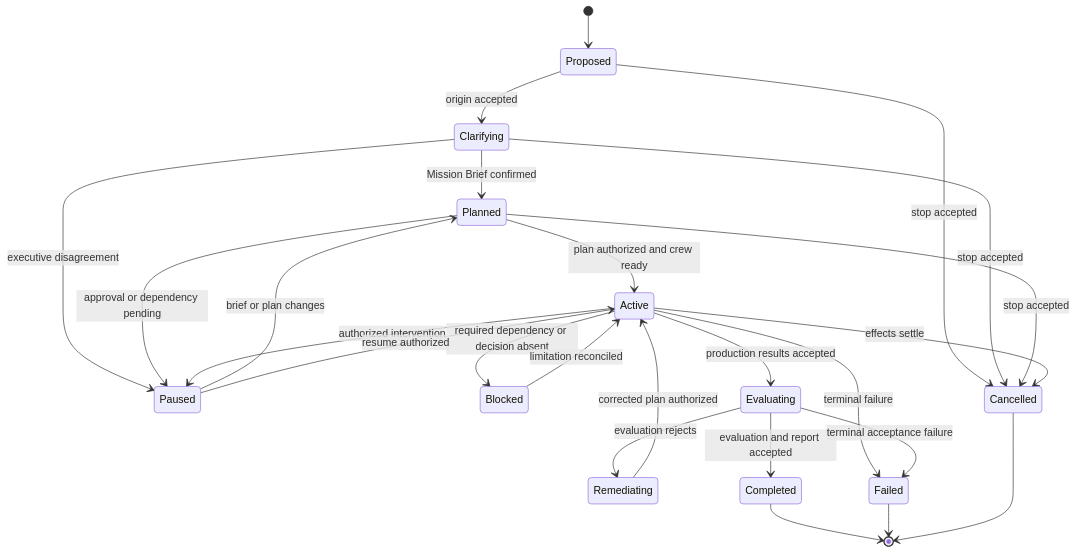
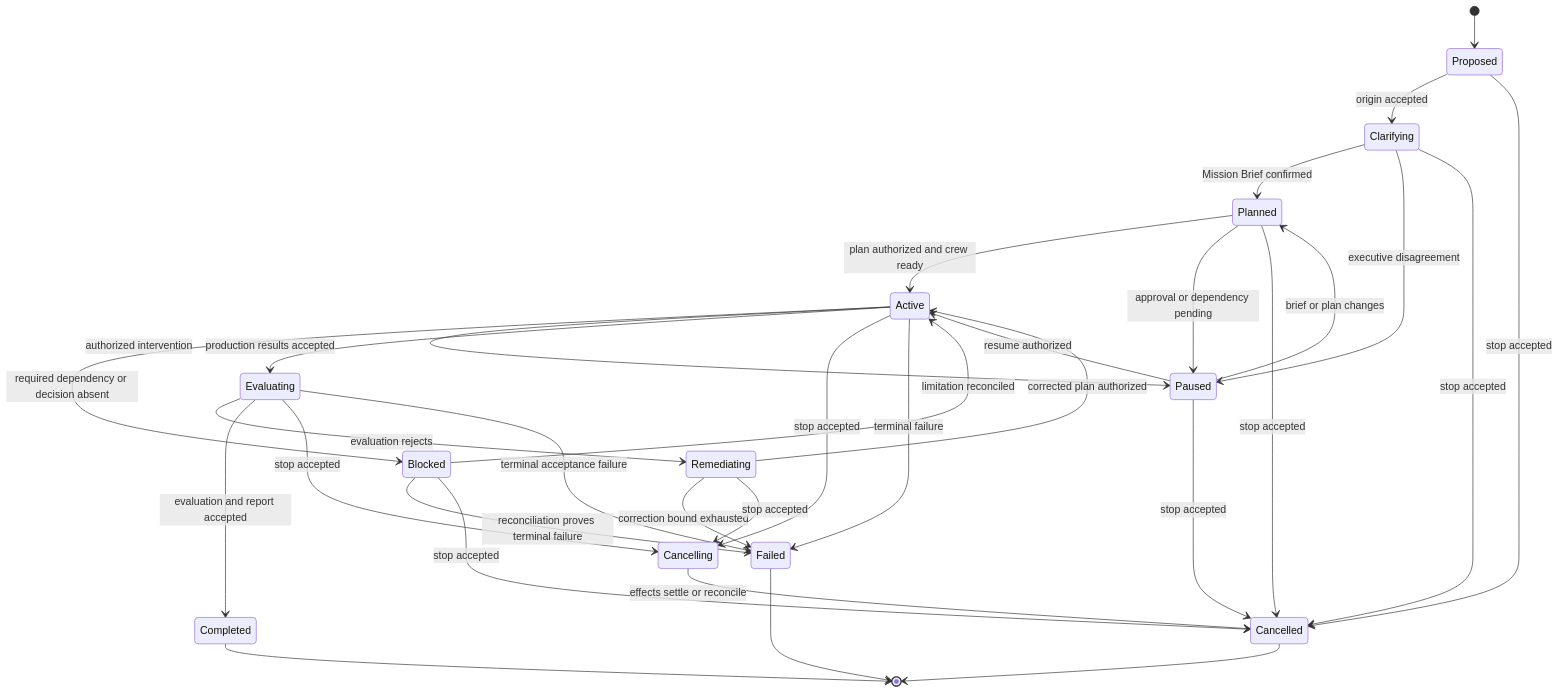
One commit to Y4NN777/mishkan changed the second of 12 diagrams in docs/SYSTEM/MODEL.md. Above: the diagram before and after it, drawn with Mermaid. The commit also changed other lines of this file and 7 other files, not shown here.

````diff
--- a/docs/SYSTEM/MODEL.md
+++ b/docs/SYSTEM/MODEL.md
@@ -59,27 +59,34 @@
 ```mermaid
 stateDiagram-v2
     [*] --> Proposed
     Proposed --> Clarifying: origin accepted
     Clarifying --> Planned: Mission Brief confirmed
     Clarifying --> Paused: executive disagreement
     Planned --> Active: plan authorized and crew ready
     Planned --> Paused: approval or dependency pending
     Active --> Blocked: required dependency or decision absent
     Active --> Paused: authorized intervention
     Active --> Evaluating: production results accepted
     Evaluating --> Remediating: evaluation rejects
     Remediating --> Active: corrected plan authorized
     Evaluating --> Completed: evaluation and report accepted
     Paused --> Planned: brief or plan changes
     Paused --> Active: resume authorized
     Blocked --> Active: limitation reconciled
+    Blocked --> Failed: reconciliation proves terminal failure
+    Remediating --> Failed: correction bound exhausted
     Proposed --> Cancelled: stop accepted
     Clarifying --> Cancelled: stop accepted
     Planned --> Cancelled: stop accepted
-    Active --> Cancelled: effects settle
+    Paused --> Cancelled: stop accepted
+    Blocked --> Cancelled: stop accepted
+    Active --> Cancelling: stop accepted
+    Evaluating --> Cancelling: stop accepted
+    Remediating --> Cancelling: stop accepted
+    Cancelling --> Cancelled: effects settle or reconcile
     Active --> Failed: terminal failure
     Evaluating --> Failed: terminal acceptance failure
     Completed --> [*]
     Failed --> [*]
     Cancelled --> [*]
 ```
````
